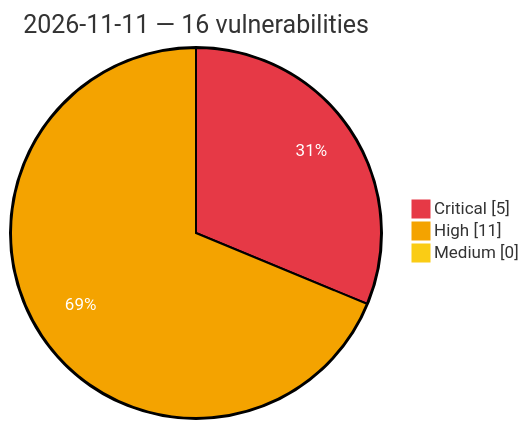
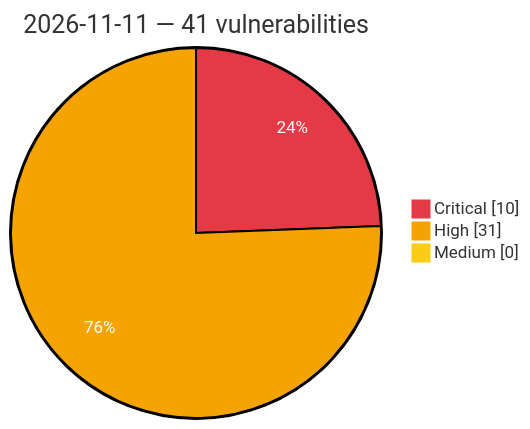
The diagram in vulnerabilities/2026/November/2026-11-11.md (GhostX0X/vuln-tracker), drawn with Mermaid before and after one commit. The commit also changed other lines of this file and 5 other files, not shown here.

Commit message:
Auto update: critical/high vulns (2026-11-11 17:58 UTC)

````diff
--- a/vulnerabilities/2026/November/2026-11-11.md
+++ b/vulnerabilities/2026/November/2026-11-11.md
@@ -3,8 +3,8 @@
 ```mermaid
 %%{init: {'theme':'base', 'themeVariables': {'pie1':'#e63946', 'pie2':'#f4a300', 'pie3':'#facc15', 'pieOpacity':'1', 'pieOuterStrokeWidth':'2px', 'pieSectionTextColor':'#ffffff'}}}%%
 pie showData
-    title 2026-11-11 — 16 vulnerabilities
-    "Critical" : 5
-    "High" : 11
+    title 2026-11-11 — 41 vulnerabilities
+    "Critical" : 10
+    "High" : 31
     "Medium" : 0
 ```
````
